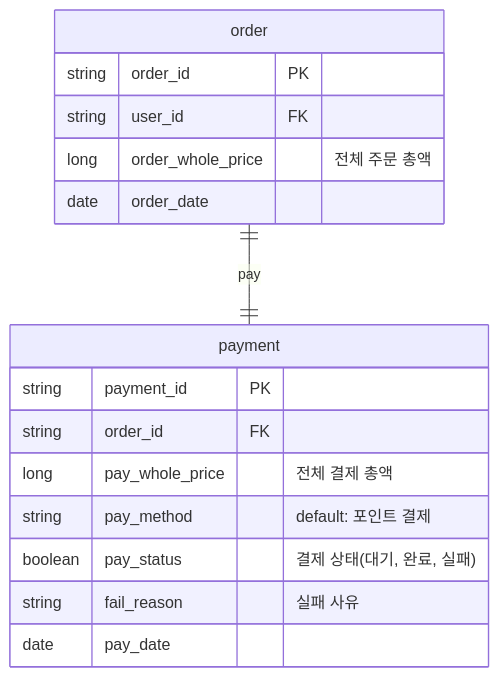
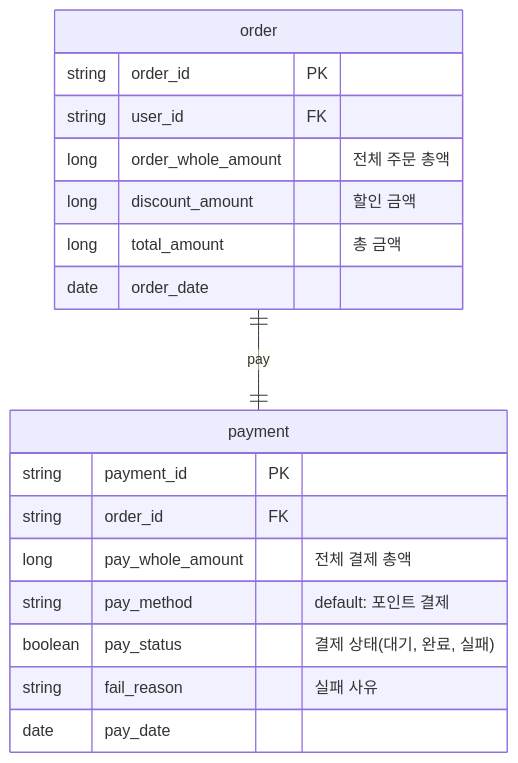
The fifth of 6 diagrams in docs/erdiagrams.md (JiwooJng/hhplus-ecommerce), drawn with Mermaid before and after one commit. The commit also changed other lines of this file, not shown here.

Commit message:
[Fix] er 다이어그램 주문 시 쿠폰 사용 부분 누락 수정

````diff
--- a/docs/erdiagrams.md
+++ b/docs/erdiagrams.md
@@ -147,19 +159,21 @@
 ```mermaid
 erDiagram
     order {
         string order_id PK
         string user_id FK
-        long order_whole_price "전체 주문 총액"
+        long order_whole_amount "전체 주문 총액"
+        long discount_amount "할인 금액"
+        long total_amount "총 금액"
         date order_date
     }
     payment { 
         string payment_id PK
         string order_id FK
-        long pay_whole_price "전체 결제 총액"
+        long pay_whole_amount "전체 결제 총액"
         string pay_method "default: 포인트 결제"
         boolean pay_status "결제 상태(대기, 완료, 실패)"
         string fail_reason "실패 사유"
         date pay_date
     }
     order ||--||payment : pay
 ```
````
